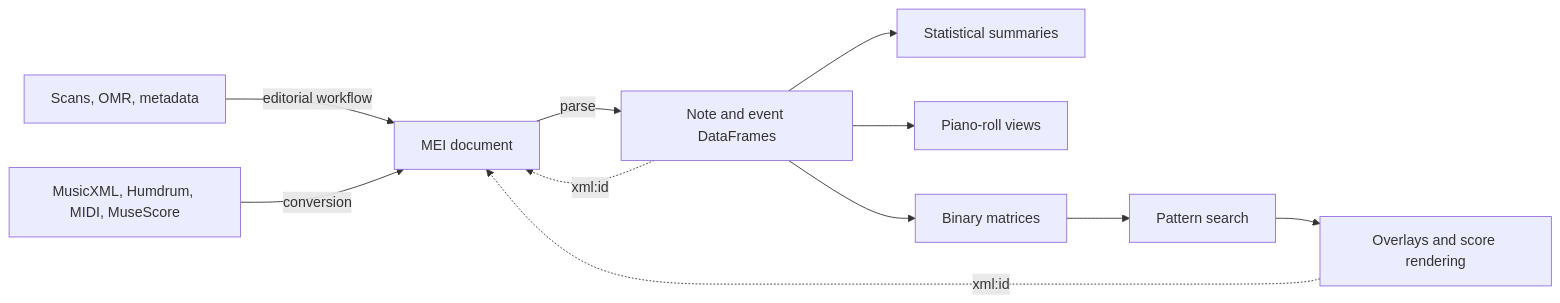
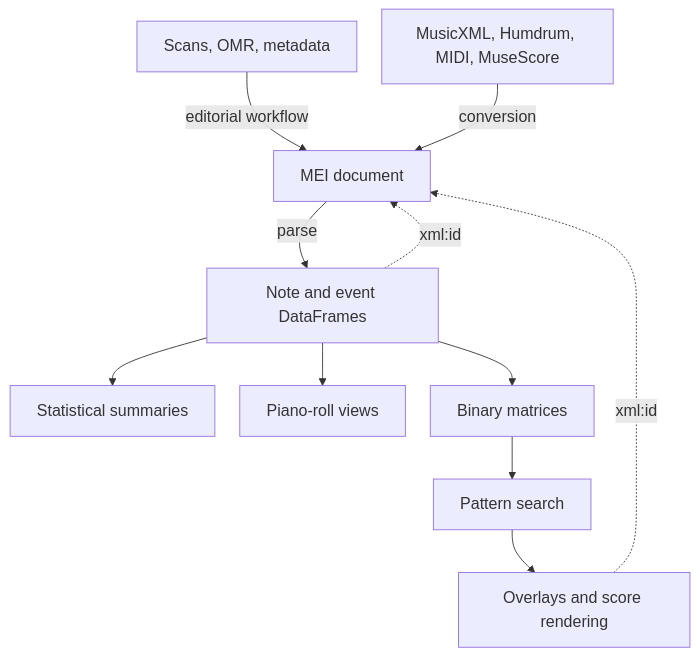
Before and after one commit to egorpol/camat_v2: the diagram in docs/overview.md, drawn with Mermaid. The commit also changed other lines of this file and 34 other files, not shown here.

````diff
--- a/docs/overview.md
+++ b/docs/overview.md
@@ -24,13 +24,14 @@
 ```mermaid
-flowchart LR
+%%{init: {"flowchart": {"htmlLabels": true, "nodeSpacing": 28, "rankSpacing": 48}, "themeVariables": {"fontSize": "18px"}}}%%
+flowchart TB
     A[Scans, OMR, metadata] -->|editorial workflow| M[MEI document]
     B[MusicXML, Humdrum, MIDI, MuseScore] -->|conversion| M
     M -->|parse| D[Note and event DataFrames]
     D --> S[Statistical summaries]
     D --> P[Piano-roll views]
     D --> X[Binary matrices]
     X --> R[Pattern search]
     R --> O[Overlays and score rendering]
     D -. xml:id .-> M
     O -. xml:id .-> M
 ```
````
